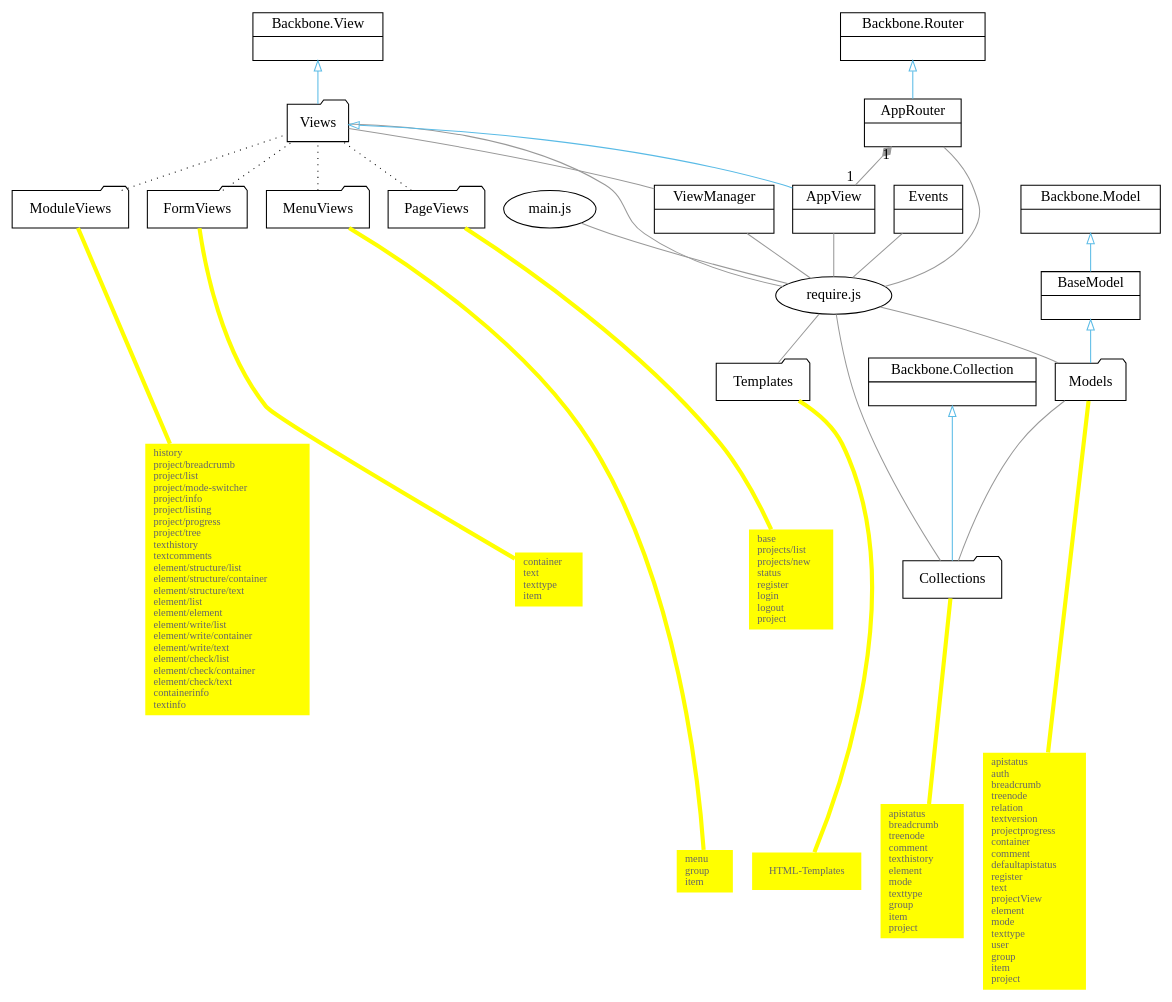
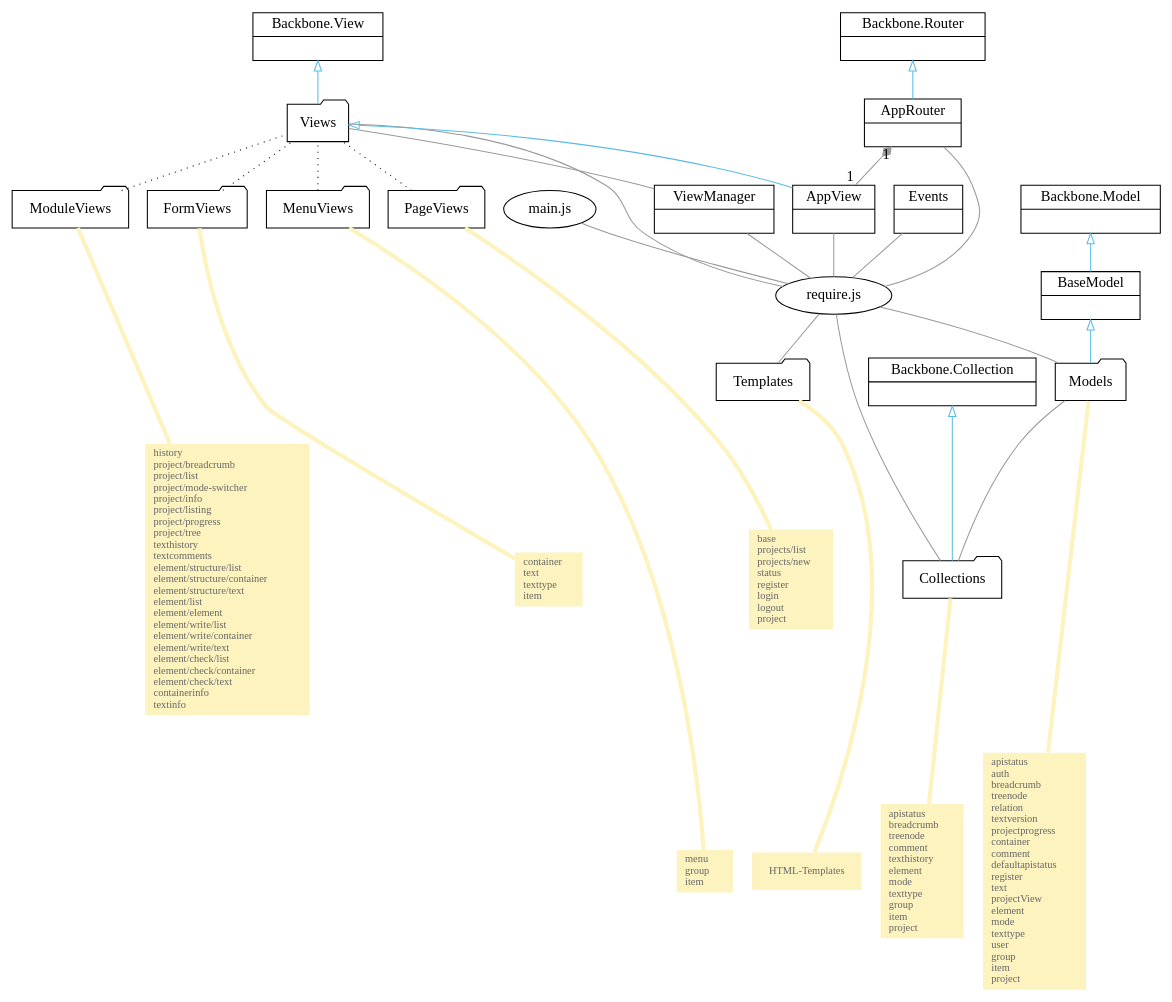
One commit to retext/retext changed the diagram in documents/thesis/media/prototyp-gui-klassendiagramm.dot. Above: the diagram before and after it, drawn with Graphviz. The commit also changed 4 other files, not shown here.

Commit message:
Farben Klassendiagramme.

```diff
--- a/documents/thesis/media/prototyp-gui-klassendiagramm.dot
+++ b/documents/thesis/media/prototyp-gui-klassendiagramm.dot
@@ -1,90 +1,90 @@
 
 # neato
 digraph G {
 rankdir=BT
 
 node [ shape=ellipse ]
 main [ label="main.js" ]
 require [ label="require.js" ]
 
 node [ shape=folder ]
 Views [ label="Views" ]
 Templates [ label="Templates" ]
 Models [ label="Models" ]
 Collections [ label="Collections" ]
 ModuleViews
 FormViews
 MenuViews
 PageViews
 
 node [ shape=record ]
 
 AppView [ label="{AppView|}" ]
 AppRouter [ label="{AppRouter|}" ]
 BackboneRouter [ label="{Backbone.Router|}" ]
 BackboneView [ label="{Backbone.View|}" ]
 ViewManager [ label="{ViewManager|}" ]
 BaseModel [ label="{BaseModel|}" ]
 Events [ label="{Events|}" ]
 BackboneModel [ label="{Backbone.Model|}" ]
 BackboneCollection [ label="{Backbone.Collection|}" ]
 
 # Notizen
-node [ shape=none style=filled color=yellow fontcolor="#666666" fontsize=10 ]
+node [ shape=none style=filled color="#FCF3BF" fontcolor="#666666" fontsize=10 ]
 CollectionsComment [ label="apistatus\lbreadcrumb\ltreenode\lcomment\ltexthistory\lelement\lmode\ltexttype\lgroup\litem\lproject\l" ]
 ModelsComment [ label="apistatus\lauth\lbreadcrumb\ltreenode\lrelation\ltextversion\lprojectprogress\lcontainer\lcomment\ldefaultapistatus\lregister\ltext\lprojectView\lelement\lmode\ltexttype\luser\lgroup\litem\lproject\l" ]
 ModuleViewsComment [ label="history\lproject/breadcrumb\lproject/list\lproject/mode-switcher\lproject/info\lproject/listing\lproject/progress\lproject/tree\ltexthistory\ltextcomments\lelement/structure/list\lelement/structure/container\lelement/structure/text\lelement/list\lelement/element\lelement/write/list\lelement/write/container\lelement/write/text\lelement/check/list\lelement/check/container\lelement/check/text\lcontainerinfo\ltextinfo\l" ]
 FormViewsComment [ label="container\ltext\ltexttype\litem\l" ]
 MenuViewsComment [ label="menu\lgroup\litem\l" ]
 PageViewsComment [ label="base\lprojects/list\lprojects/new\lstatus\lregister\llogin\llogout\lproject\l" ]
 TemplatesComments [ label="HTML-Templates" ]
 
 
 # Association
 edge [ arrowhead=none color="#999999" len=2 style=solid ]
 
 require -> ViewManager
 AppRouter -> require
 require -> Events
 Collections -> Models
 Templates -> require
 ViewManager -> Views
 Models -> require
 Collections -> require
 require -> Views
 require -> AppView
 require -> main
 
 # Composition
 # Composition usually has a strong life cycle dependency between instances of the container class and instances of the contained class(es): If the container is destroyed, normally every instance that it contains is destroyed as well.
 # The UML graphical representation of a composition relationship is a filled diamond shape on the containing class end of the tree of lines that connect contained class(es) to the containing class.
 edge [ arrowhead=diamond ]
 AppView -> AppRouter [ taillabel="1" headlabel="1" ]
 
 # Generalization
 edge [ arrowtail=none arrowhead=onormal color="#5abbe6" fontcolor="#5abbe6" weight=10 len=2 ]
 AppRouter -> BackboneRouter
 AppView -> Views
 Views -> BackboneView
 Models -> BaseModel -> BackboneModel
 Collections -> BackboneCollection
 
 # Unterteilung
 edge [ style=dotted color=black arrowhead=none ]
 ModuleViews -> Views
 FormViews -> Views
 MenuViews -> Views
 PageViews -> Views
 
 # Notizen
-edge [ arrowhead=none penwidth=4 weight=0 color=yellow headport=none tailport=none style=solid ]
+edge [ arrowhead=none penwidth=4 weight=0 color="#FCF3BF" headport=none tailport=none style=solid ]
 
 CollectionsComment -> Collections
 ModelsComment -> Models [ len=2.5 ]
 ModuleViewsComment -> ModuleViews [ len=2.5 ]
 FormViewsComment -> FormViews 
 PageViewsComment -> PageViews 
 MenuViewsComment -> MenuViews 
 TemplatesComments -> Templates
 
 }
```
